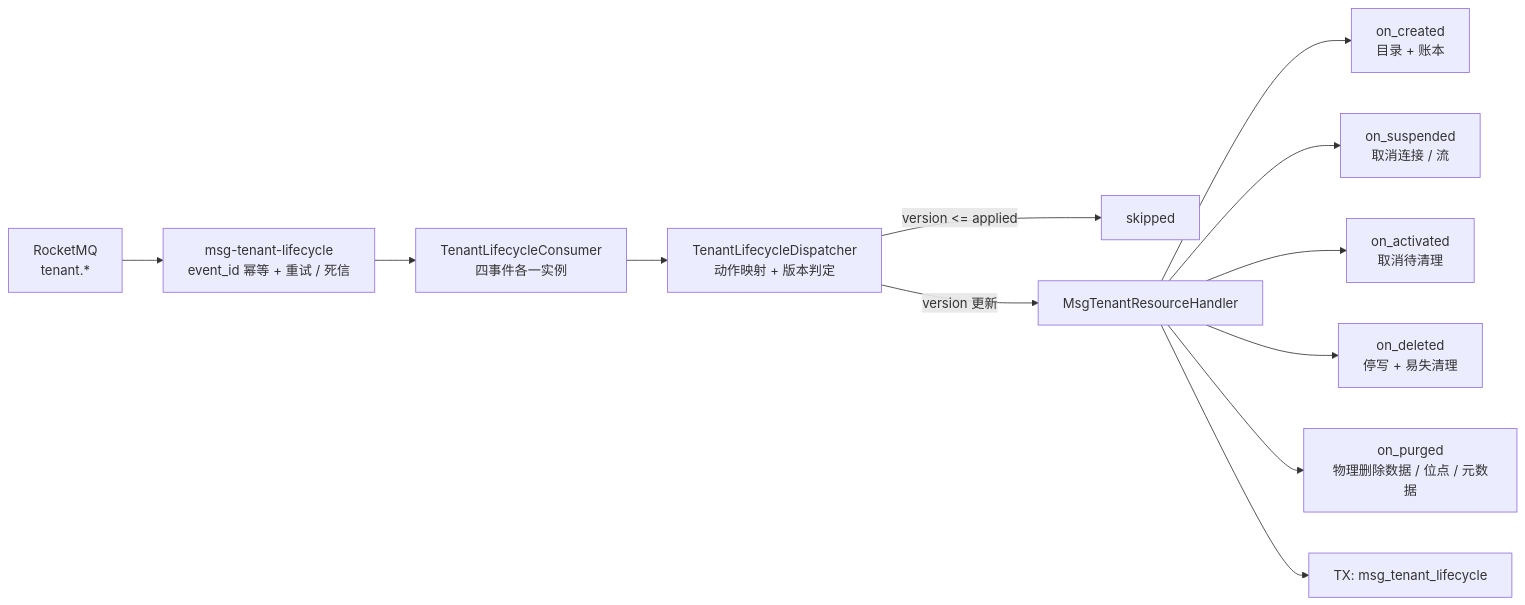
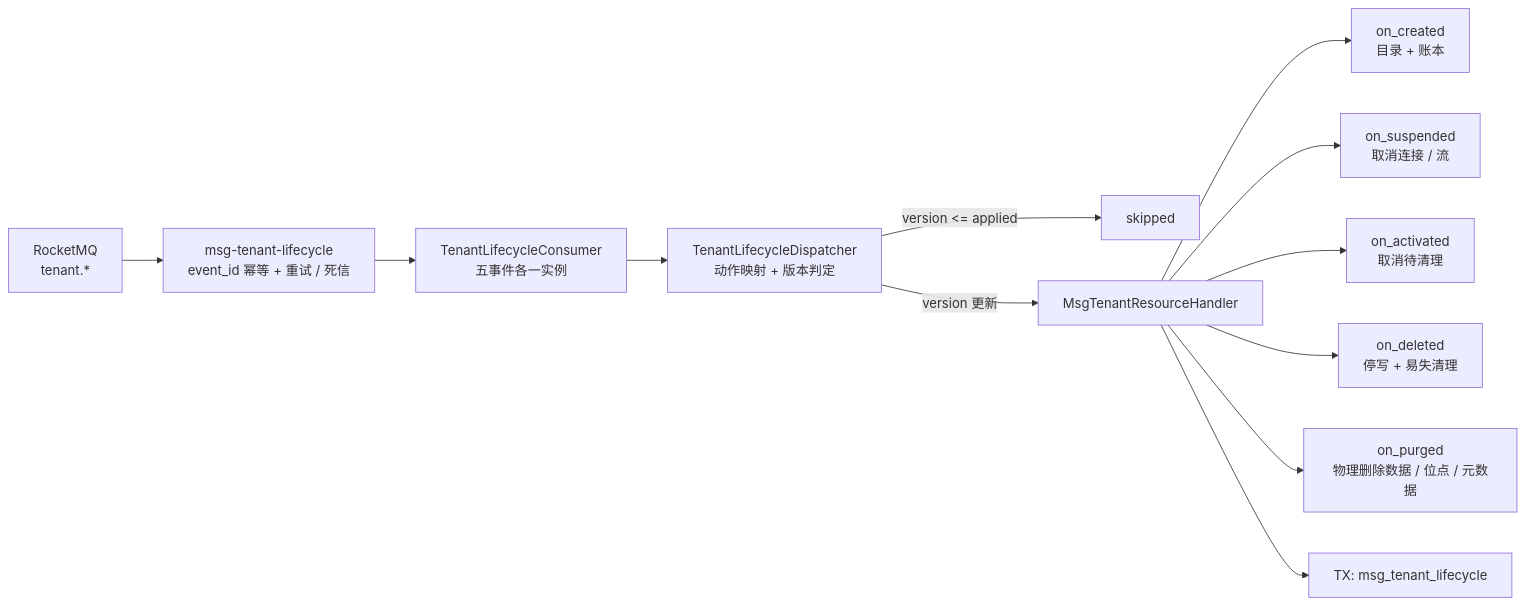
The first of 3 diagrams in msg文档/项目/08B_消息平台/任务/05_多租户与安全/05_多租户与安全_05_租户生命周期资源清理/设计/01_详细设计_05_多租户与安全_05_租户生命周期资源清理.md (minjian123/message-platform), drawn with Mermaid before and after one commit. The commit also changed other lines of this file and 6 other files, not shown here.

````diff
--- a/msg文档/项目/08B_消息平台/任务/05_多租户与安全/05_多租户与安全_05_租户生命周期资源清理/设计/01_详细设计_05_多租户与安全_05_租户生命周期资源清理.md
+++ b/msg文档/项目/08B_消息平台/任务/05_多租户与安全/05_多租户与安全_05_租户生命周期资源清理/设计/01_详细设计_05_多租户与安全_05_租户生命周期资源清理.md
@@ -144,14 +144,14 @@
 ```mermaid
 flowchart LR
     MQ["RocketMQ<br/>tenant.*"] --> G["msg-tenant-lifecycle<br/>event_id 幂等 + 重试 / 死信"]
-    G --> C["TenantLifecycleConsumer<br/>四事件各一实例"]
+    G --> C["TenantLifecycleConsumer<br/>五事件各一实例"]
     C --> D["TenantLifecycleDispatcher<br/>动作映射 + 版本判定"]
     D -->|"version <= applied"| S["skipped"]
     D -->|"version 更新"| H["MsgTenantResourceHandler"]
     H --> A1["on_created<br/>目录 + 账本"]
     H --> A2["on_suspended<br/>取消连接 / 流"]
     H --> A3["on_activated<br/>取消待清理"]
     H --> A4["on_deleted<br/>停写 + 易失清理"]
     H --> A5["on_purged<br/>物理删除数据 / 位点 / 元数据"]
     H --> L["TX: msg_tenant_lifecycle"]
 ```
````
